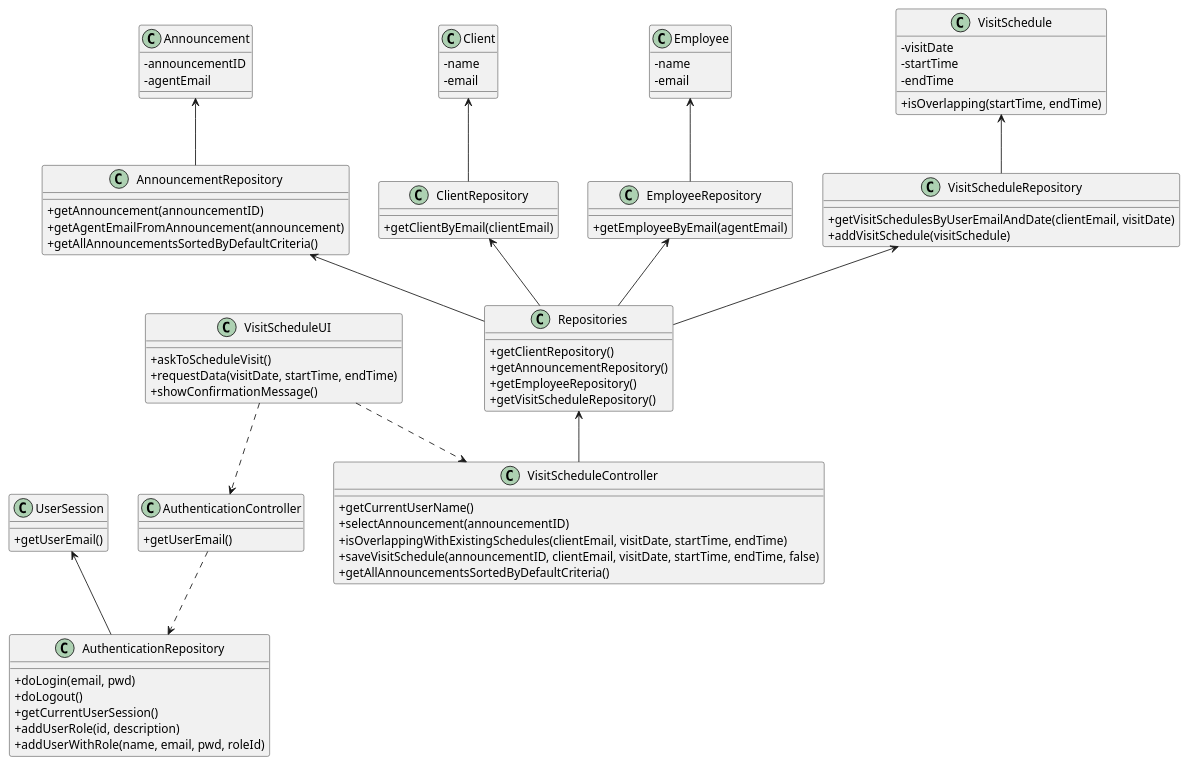
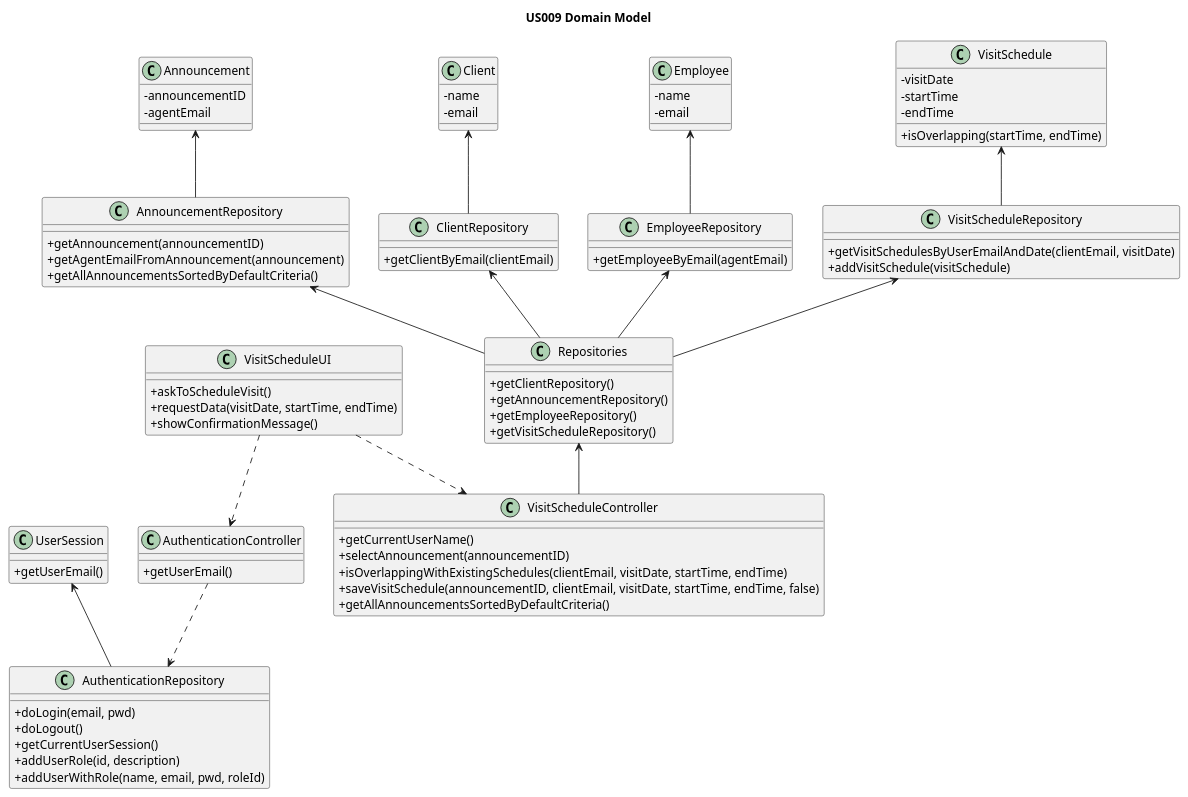
The diagram in docs/sprintD/us009/03.design/puml/us009-class-diagram.puml (Goncalves2525/real-estate-management-system), drawn with PlantUML before and after one commit. The commit also changed 59 other files, not shown here.

```diff
--- a/docs/sprintD/us009/03.design/puml/us009-class-diagram.puml
+++ b/docs/sprintD/us009/03.design/puml/us009-class-diagram.puml
@@ -1,101 +1,103 @@
 @startuml
 
 skinparam packageStyle rectangle
 skinparam shadowing false
 skinparam linetype polyline
 
 skinparam classAttributeIconSize 0
+
+title US009 Domain Model
 
 class UserSession {
     +getUserEmail()
 }
 
 class Employee {
     - name
     - email
 }
 
 class Client {
     - name
     - email
 }
 
 class Announcement {
     - announcementID
     - agentEmail
 }
 
 class VisitSchedule {
     - visitDate
     - startTime
     - endTime
     +isOverlapping(startTime, endTime)
 }
 
 class AuthenticationRepository {
     +doLogin(email, pwd)
     +doLogout()
     +getCurrentUserSession()
     +addUserRole(id, description)
     +addUserWithRole(name, email, pwd, roleId)
 }
 
 class AuthenticationController {
     +getUserEmail()
 }
 
 class VisitScheduleUI {
     +askToScheduleVisit()
     +requestData(visitDate, startTime, endTime)
     +showConfirmationMessage()
 }
 
 class VisitScheduleController {
     +getCurrentUserName()
     +selectAnnouncement(announcementID)
     +isOverlappingWithExistingSchedules(clientEmail, visitDate, startTime, endTime)
     +saveVisitSchedule(announcementID, clientEmail, visitDate, startTime, endTime, false)
     +getAllAnnouncementsSortedByDefaultCriteria()
 }
 
 class Repositories {
     +getClientRepository()
     +getAnnouncementRepository()
     +getEmployeeRepository()
     +getVisitScheduleRepository()
 }
 
 class AnnouncementRepository {
     +getAnnouncement(announcementID)
     +getAgentEmailFromAnnouncement(announcement)
     +getAllAnnouncementsSortedByDefaultCriteria()
 }
 
 class ClientRepository {
     +getClientByEmail(clientEmail)
 }
 
 class EmployeeRepository {
     +getEmployeeByEmail(agentEmail)
 }
 
 class VisitScheduleRepository {
     +getVisitSchedulesByUserEmailAndDate(clientEmail, visitDate)
     +addVisitSchedule(visitSchedule)
 }
 
 UserSession <-- AuthenticationRepository
 AuthenticationController ..> AuthenticationRepository
 VisitScheduleUI ..> AuthenticationController
 VisitScheduleUI ..> VisitScheduleController
 Repositories <-- VisitScheduleController
 ClientRepository <-- Repositories
 AnnouncementRepository <-- Repositories
 EmployeeRepository <-- Repositories
 VisitScheduleRepository <-- Repositories
 Client <-- ClientRepository
 Announcement <-- AnnouncementRepository
 Employee <-- EmployeeRepository
 VisitSchedule <-- VisitScheduleRepository
 
 @enduml
```
